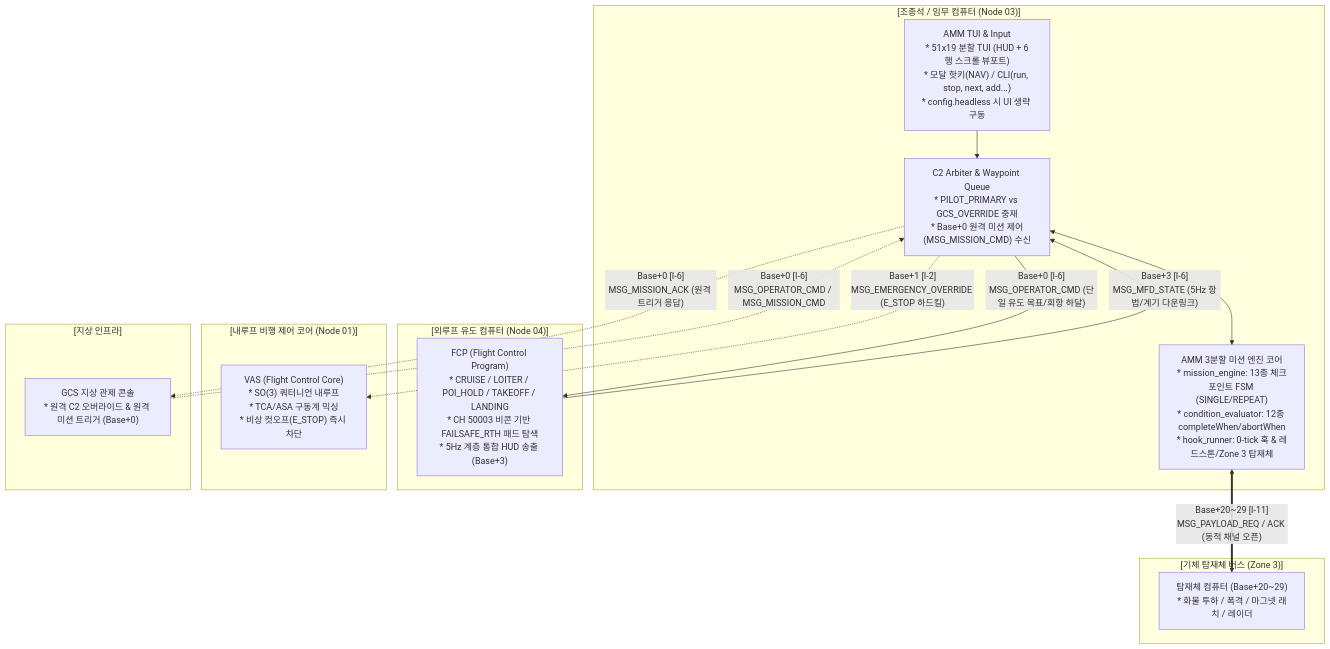
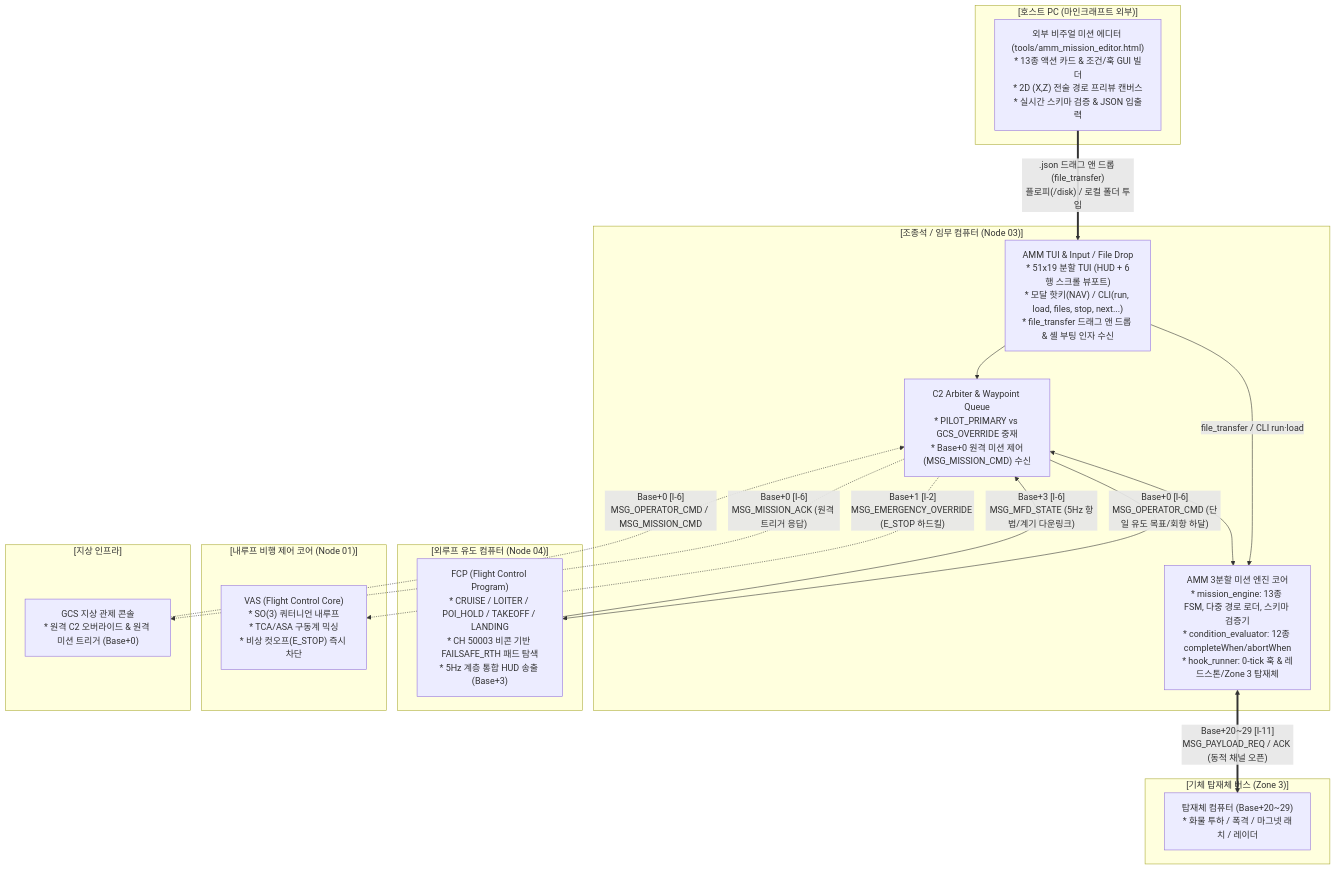
Before and after one commit to Polimachi/Aeroneutics_Autopilot: the first of 4 diagrams in docs/specs/3_planning/amm/AMM_PROGRAM_SPECIFICATION.md, drawn with Mermaid. The commit also changed other lines of this file and 5 other files, not shown here.

Commit message:
docs(amm): add v1.2.0 external editor/file pipeline spec and sync TASK/context (TASK-202-1)

````diff
--- a/docs/specs/3_planning/amm/AMM_PROGRAM_SPECIFICATION.md
+++ b/docs/specs/3_planning/amm/AMM_PROGRAM_SPECIFICATION.md
@@ -40,34 +41,40 @@
 ```mermaid
 flowchart TD
+    subgraph HOST_PC["[호스트 PC (마인크래프트 외부)]"]
+        EXT_EDIT["외부 비주얼 미션 에디터 (tools/amm_mission_editor.html)<br/>* 13종 액션 카드 & 조건/훅 GUI 빌더<br/>* 2D (X,Z) 전술 경로 프리뷰 캔버스<br/>* 실시간 스키마 검증 & JSON 입출력"]
+    end
+
     subgraph COCKPIT["[조종석 / 임무 컴퓨터 (Node 03)]"]
-        AMM_UI["AMM TUI & Input<br/>* 51x19 분할 TUI (HUD + 6행 스크롤 뷰포트)<br/>* 모달 핫키(NAV) / CLI(run, stop, next, add...)<br/>* config.headless 시 UI 생략 구동"]
-        AMM_CORE["AMM 3분할 미션 엔진 코어<br/>* mission_engine: 13종 체크포인트 FSM (SINGLE/REPEAT)<br/>* condition_evaluator: 12종 completeWhen/abortWhen<br/>* hook_runner: 0-tick 훅 & 레드스톤/Zone 3 탑재체"]
+        AMM_UI["AMM TUI & Input / File Drop<br/>* 51x19 분할 TUI (HUD + 6행 스크롤 뷰포트)<br/>* 모달 핫키(NAV) / CLI(run, load, files, stop, next...)<br/>* file_transfer 드래그 앤 드롭 & 셸 부팅 인자 수신"]
+        AMM_CORE["AMM 3분할 미션 엔진 코어<br/>* mission_engine: 13종 FSM, 다중 경로 로더, 스키마 검증기<br/>* condition_evaluator: 12종 completeWhen/abortWhen<br/>* hook_runner: 0-tick 훅 & 레드스톤/Zone 3 탑재체"]
         AMM_ARB["C2 Arbiter & Waypoint Queue<br/>* PILOT_PRIMARY vs GCS_OVERRIDE 중재<br/>* Base+0 원격 미션 제어(MSG_MISSION_CMD) 수신"]
         AMM_UI --> AMM_ARB
+        AMM_UI -->|"file_transfer / CLI run·load"| AMM_CORE
         AMM_ARB <--> AMM_CORE
     end
 
     subgraph GUIDANCE["[외루프 유도 컴퓨터 (Node 04)]"]
         FCP["FCP (Flight Control Program)<br/>* CRUISE / LOITER / POI_HOLD / TAKEOFF / LANDING<br/>* CH 50003 비콘 기반 FAILSAFE_RTH 패드 탐색<br/>* 5Hz 계층 통합 HUD 송출 (Base+3)"]
     end
 
     subgraph INNER_LOOP["[내루프 비행 제어 코어 (Node 01)]"]
         VAS["VAS (Flight Control Core)<br/>* SO(3) 쿼터니언 내루프<br/>* TCA/ASA 구동계 믹싱<br/>* 비상 컷오프(E_STOP) 즉시 차단"]
     end
 
     subgraph PAYLOAD_ZONE3["[기체 탑재체 버스 (Zone 3)]"]
         PAYLOAD["탑재체 컴퓨터 (Base+20~29)<br/>* 화물 투하 / 폭격 / 마그넷 래치 / 레이더"]
     end
 
     subgraph GROUND_INFRA["[지상 인프라]"]
         GCS["GCS 지상 관제 콘솔<br/>* 원격 C2 오버라이드 & 원격 미션 트리거 (Base+0)"]
     end
 
-    %% Network links
+    %% Network & File links
+    EXT_EDIT ==>|".json 드래그 앤 드롭 (file_transfer)<br/>플로피(/disk) / 로컬 폴더 투입"| AMM_UI
     AMM_ARB -->|"Base+0 [I-6]<br/>MSG_OPERATOR_CMD (단일 유도 목표/회항 하달)"| FCP
     AMM_ARB -.->|"Base+1 [I-2]<br/>MSG_EMERGENCY_OVERRIDE (E_STOP 하드킬)"| VAS
     FCP -->|"Base+3 [I-6]<br/>MSG_MFD_STATE (5Hz 항법/계기 다운링크)"| AMM_ARB
     GCS -.->|"Base+0 [I-6]<br/>MSG_OPERATOR_CMD / MSG_MISSION_CMD"| AMM_ARB
     AMM_ARB -.->|"Base+0 [I-6]<br/>MSG_MISSION_ACK (원격 트리거 응답)"| GCS
     AMM_CORE <==>|"Base+20~29 [I-11]<br/>MSG_PAYLOAD_REQ / ACK (동적 채널 오픈)"| PAYLOAD
 ```
````
